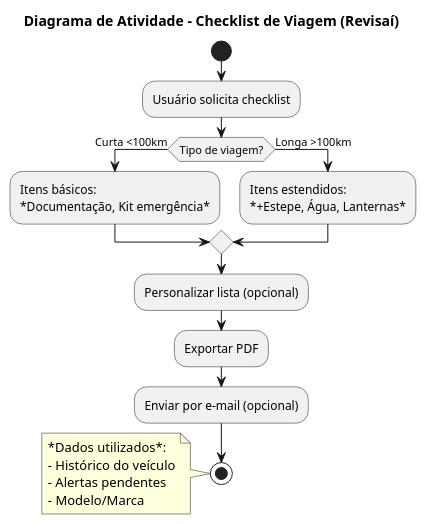
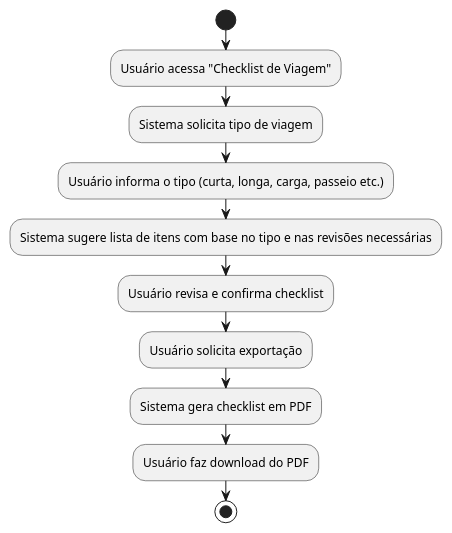
One commit to adsifs/2025.1_AOO_AV changed the diagram in modelos/UC_Checklist.md. Above: the diagram before and after it, drawn with PlantUML. The commit also changed other lines of this file, not shown here.

````diff
--- a/modelos/UC_Checklist.md
+++ b/modelos/UC_Checklist.md
@@ -3,29 +8,23 @@
 ```puml
 @startuml
 start
-title Diagrama de Atividade - Checklist de Viagem (Revisaí)
 
-:Usuário solicita checklist;
+:Usuário acessa "Checklist de Viagem";
 
-if (Tipo de viagem?) then (Curta <100km)
-  :Itens básicos:
-  *Documentação, Kit emergência*;
-else (Longa >100km)
-  :Itens estendidos:
-  *+Estepe, Água, Lanternas*;
-endif
+:Sistema solicita tipo de viagem;
 
-:Personalizar lista (opcional);
-:Exportar PDF;
-:Enviar por e-mail (opcional);
+:Usuário informa o tipo (curta, longa, carga, passeio etc.);
+
+:Sistema sugere lista de itens com base no tipo e nas revisões necessárias;
+
+:Usuário revisa e confirma checklist;
+
+:Usuário solicita exportação;
+
+:Sistema gera checklist em PDF;
+
+:Usuário faz download do PDF;
 
 stop
-
-note left
-  *Dados utilizados*:
-  - Histórico do veículo
-  - Alertas pendentes
-  - Modelo/Marca
-end note
 @enduml
 ```
````
